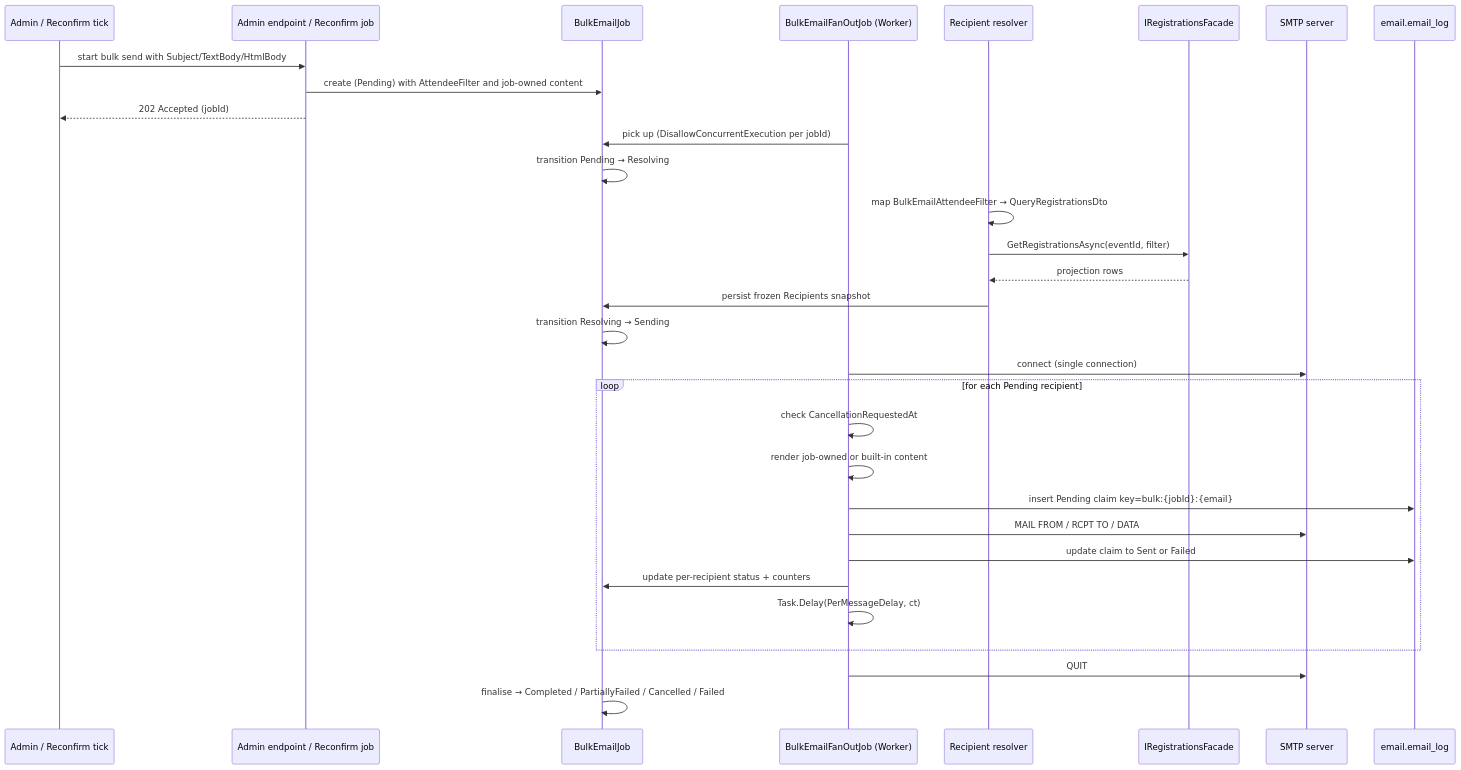
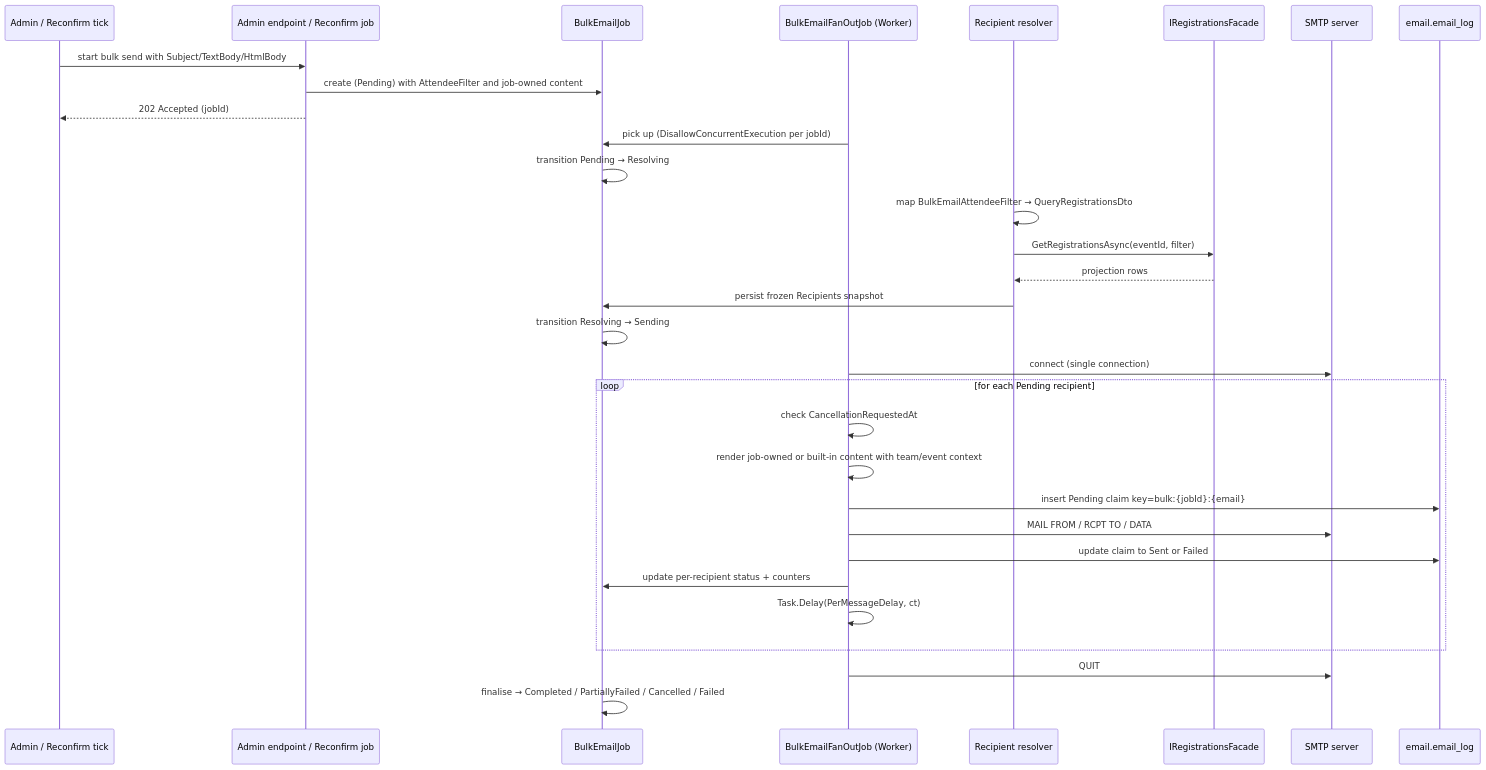
The ninth of 12 diagrams in docs/arc42/06-runtime-view.md (amolenk/Admitto), drawn with Mermaid before and after one commit. The commit also changed other lines of this file and 106 other files, not shown here.

````diff
--- a/docs/arc42/06-runtime-view.md
+++ b/docs/arc42/06-runtime-view.md
@@ -267,34 +267,34 @@
 ```mermaid
 sequenceDiagram
     participant Admin as Admin / Reconfirm tick
     participant Endpoint as Admin endpoint / Reconfirm job
     participant Job as BulkEmailJob
     participant FanOut as BulkEmailFanOutJob (Worker)
     participant Resolver as Recipient resolver
     participant Facade as IRegistrationsFacade
     participant SMTP as SMTP server
     participant EmailLog as email.email_log
 
     Admin->>Endpoint: start bulk send with Subject/TextBody/HtmlBody
     Endpoint->>Job: create (Pending) with AttendeeFilter and job-owned content
     Endpoint-->>Admin: 202 Accepted (jobId)
     FanOut->>Job: pick up (DisallowConcurrentExecution per jobId)
     Job->>Job: transition Pending → Resolving
     Resolver->>Resolver: map BulkEmailAttendeeFilter → QueryRegistrationsDto
     Resolver->>Facade: GetRegistrationsAsync(eventId, filter)
     Facade-->>Resolver: projection rows
     Resolver->>Job: persist frozen Recipients snapshot
     Job->>Job: transition Resolving → Sending
     FanOut->>SMTP: connect (single connection)
     loop for each Pending recipient
       FanOut->>FanOut: check CancellationRequestedAt
-      FanOut->>FanOut: render job-owned or built-in content
+      FanOut->>FanOut: render job-owned or built-in content with team/event context
       FanOut->>EmailLog: insert Pending claim key=bulk:{jobId}:{email}
       FanOut->>SMTP: MAIL FROM / RCPT TO / DATA
       FanOut->>EmailLog: update claim to Sent or Failed
       FanOut->>Job: update per-recipient status + counters
       FanOut->>FanOut: Task.Delay(PerMessageDelay, ct)
     end
     FanOut->>SMTP: QUIT
     Job->>Job: finalise → Completed / PartiallyFailed / Cancelled / Failed
 ```
````
